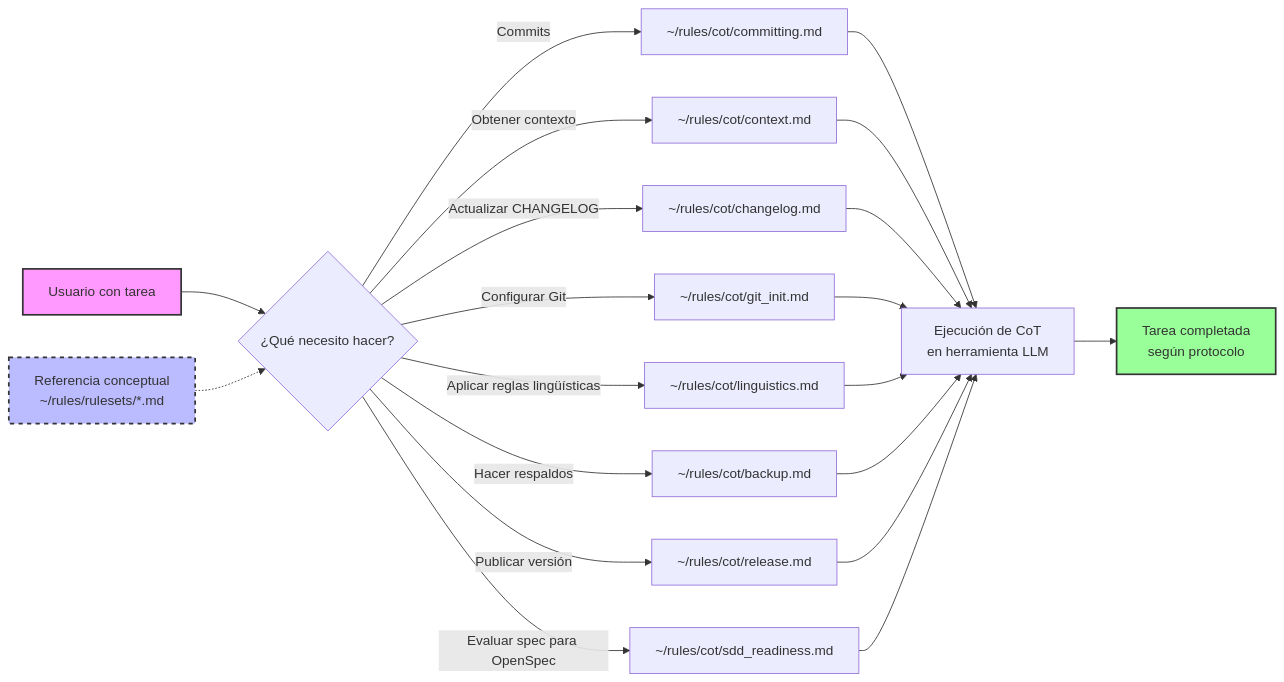
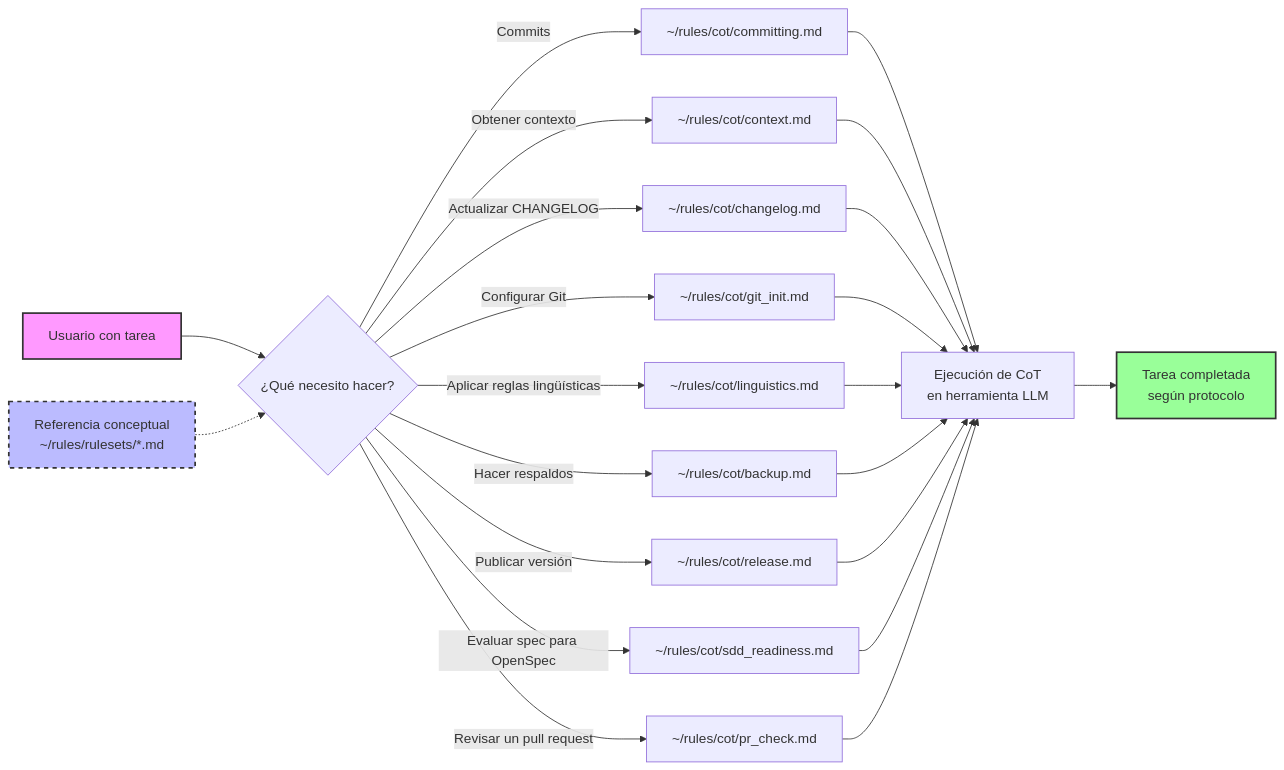
The first of 2 diagrams in README.md (incognia/rules), drawn with Mermaid before and after one commit. The commit also changed other lines of this file and 2 other files, not shown here.

First line of the commit message:
docs: document the /pr-check skill

````diff
--- a/README.md
+++ b/README.md
@@ -88,29 +88,31 @@
 ```mermaid
 flowchart LR
     A["Usuario con tarea"] --> B{"¿Qué necesito hacer?"}
     B -->|Commits| C["~/rules/cot/committing.md"]
     B -->|Obtener contexto| D["~/rules/cot/context.md"]
     B -->|Actualizar CHANGELOG| E["~/rules/cot/changelog.md"]
     B -->|Configurar Git| F["~/rules/cot/git_init.md"]
     B -->|Aplicar reglas lingüísticas| G["~/rules/cot/linguistics.md"]
     B -->|Hacer respaldos| H["~/rules/cot/backup.md"]
     B -->|Publicar versión| L["~/rules/cot/release.md"]
     B -->|Evaluar spec para OpenSpec| M["~/rules/cot/sdd_readiness.md"]
+    B -->|Revisar un pull request| N["~/rules/cot/pr_check.md"]
     
     C --> I["Ejecución de CoT<br/>en herramienta LLM"]
     D --> I
     E --> I
     F --> I
     G --> I
     H --> I
     L --> I
     M --> I
+    N --> I
     
     I --> J["Tarea completada<br/>según protocolo"]
     
     K["Referencia conceptual<br/>~/rules/rulesets/*.md"] -.-> B
     
     style A fill:#f9f,stroke:#333,stroke-width:2px
     style J fill:#9f9,stroke:#333,stroke-width:2px
     style K fill:#bbf,stroke:#333,stroke-width:2px,stroke-dasharray: 5 5
 ```
````
